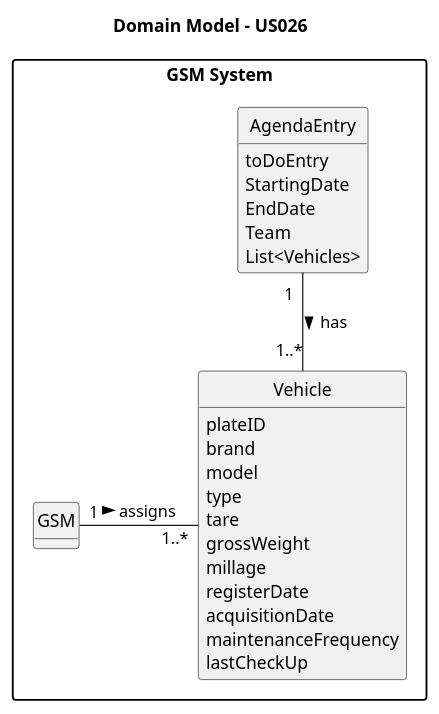
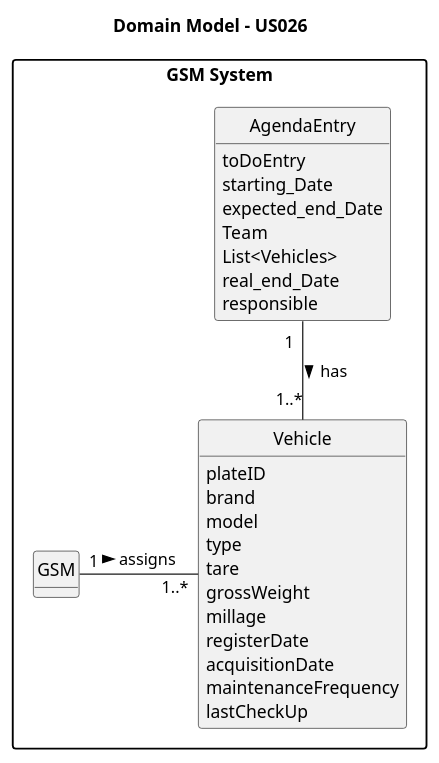
The diagram in docs/sprintC/us026/02.analysis/puml/us026-domain-model.puml (SAEmanuel/Green_Spaces_Management_ISEP), drawn with PlantUML before and after one commit. The commit also changed 7 other files, not shown here.

```diff
--- a/docs/sprintC/us026/02.analysis/puml/us026-domain-model.puml
+++ b/docs/sprintC/us026/02.analysis/puml/us026-domain-model.puml
@@ -1,49 +1,51 @@
 @startuml
 
 skinparam monochrome true
 skinparam packageStyle rectangle
 skinparam shadowing false
 
 'left to right direction
 
 title Domain Model - US026
 
 hide circles
 hide methods
 
 package "GSM System" {
 
 
 
     class Vehicle {
         plateID
                  brand
                  model
                  type
                  tare
                  grossWeight
                  millage
                  registerDate
                  acquisitionDate
                  maintenanceFrequency
                  lastCheckUp
     }
 
     class AgendaEntry {
         toDoEntry
-        StartingDate
-        EndDate
+        starting_Date
+        expected_end_Date
         Team
         List<Vehicles>
+        real_end_Date
+        responsible
     }
 
     class GSM {
        }
 
     GSM "1" - "1..*" Vehicle : assigns >
     AgendaEntry "1  " -- "1..*"  Vehicle  : has >
 }
 
 
 
 @enduml
```
